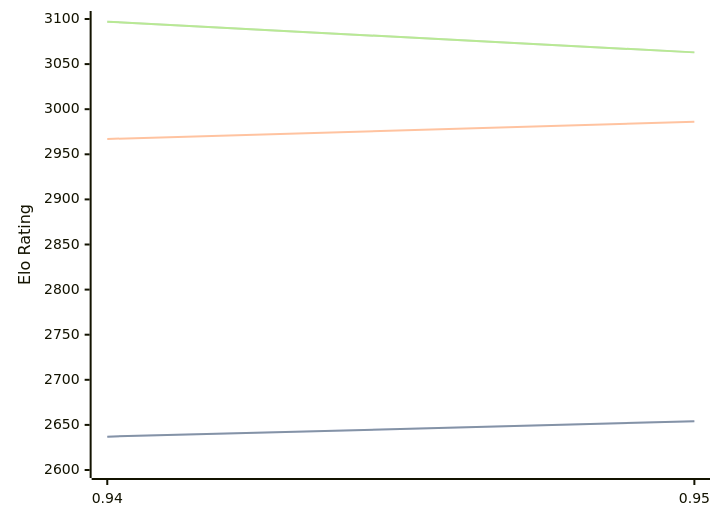
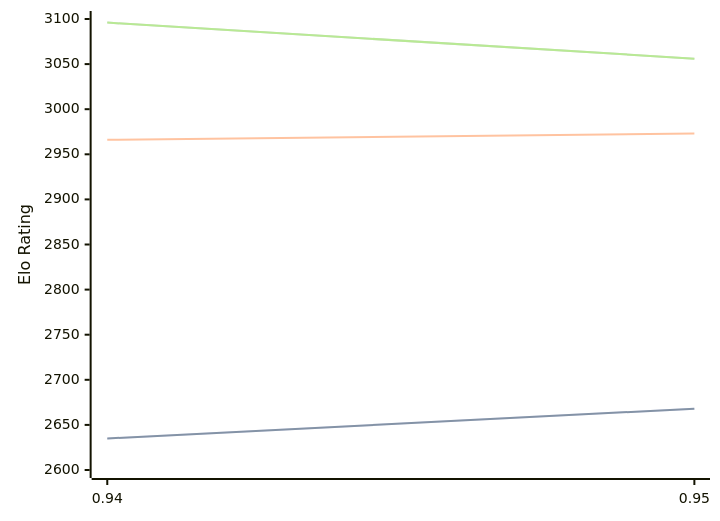
The diagram in engines/Myrddin.md (computer-chess-index/cci), drawn with Mermaid before and after one commit. The commit also changed other lines of this file, not shown here.

Commit message:
Update CCI Ratings (ELO VLTC) - 2026-04-26

````diff
--- a/engines/Myrddin.md
+++ b/engines/Myrddin.md
@@ -37,11 +37,11 @@
 ```mermaid
 %%{init: {"theme":"base","themeVariables":{"seriesColors:['#a3a3a3','#222221','#faa371']}}}%%
 xychart-beta
   x-axis ["0.94", "0.95"]
   y-axis "Elo Rating" 2600 --> 3100
-  line "STC (8.0+0.08s)" [2637, 2654]
-  line "STC (8.0+0.08s)" [2637, 2654]
-  line "LTC (60.0+0.60s)" [2967, 2986]
-  line "VLTC (2m24s+1.12s)" [3097, 3063]
-  line "VLTC (2m24s+1.12s)" [3097, 3063]
+  line "STC (8.0+0.08s)" [2635, 2668]
+  line "STC (8.0+0.08s)" [2635, 2668]
+  line "LTC (60.0+0.60s)" [2966, 2973]
+  line "VLTC (2m24s+1.12s)" [3096, 3056]
+  line "VLTC (2m24s+1.12s)" [3096, 3056]
 ```
````
